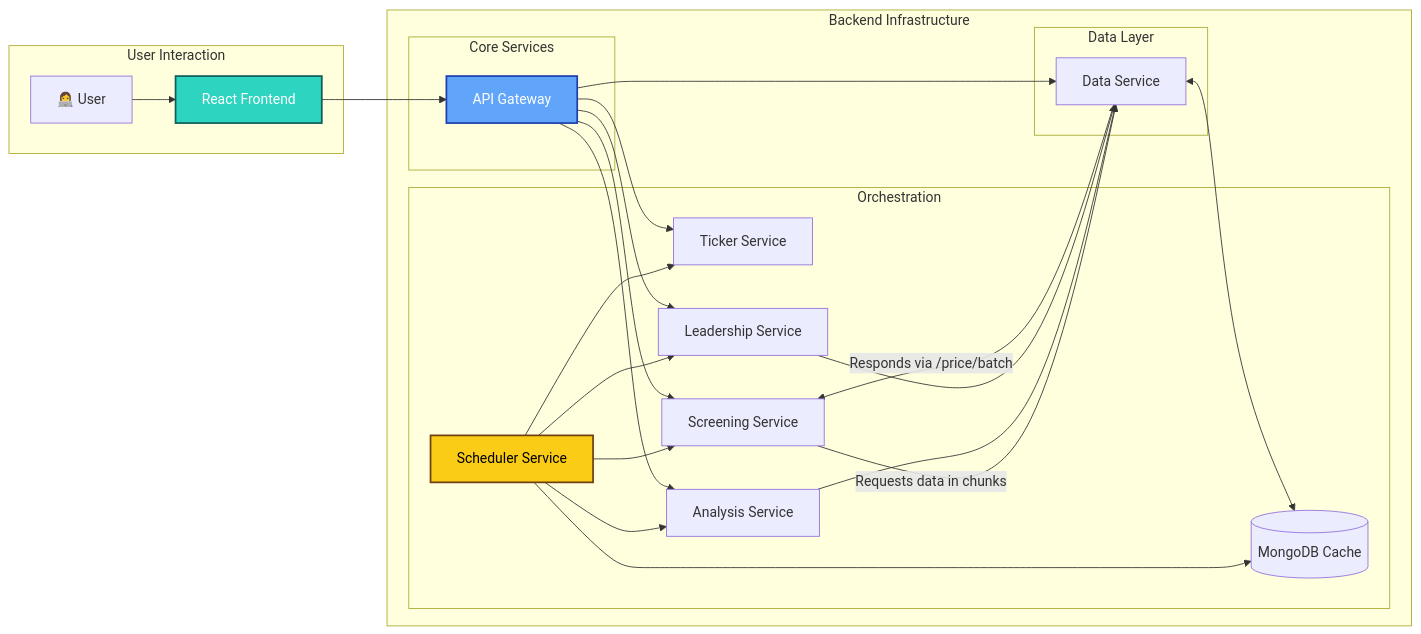
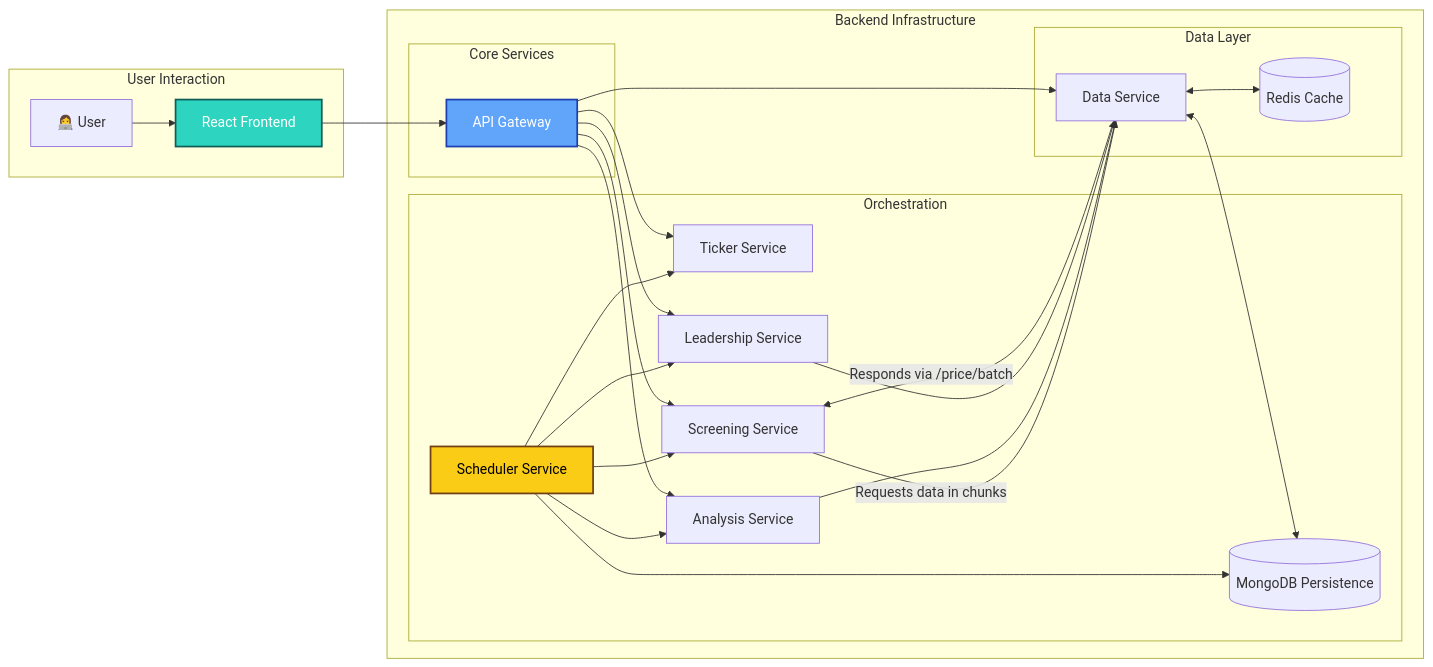
One commit to lam200213/Catalyst-Engine changed the diagram in README.md. Above: the diagram before and after it, drawn with Mermaid. The commit also changed other lines of this file and 2 other files, not shown here.

````diff
--- a/README.md
+++ b/README.md
@@ -21,38 +21,39 @@
 ```mermaid
 graph LR
     subgraph User Interaction
         User[👩‍💻 User] --> FrontendApp[React Frontend];
     end
 
     subgraph Backend Infrastructure
         FrontendApp --> APIGateway[API Gateway];
         
         subgraph Orchestration
            Scheduler[Scheduler Service] --> TickerService;
            Scheduler --> ScreeningService;
            Scheduler --> AnalysisService;
            Scheduler --> LeadershipService;
            Scheduler --> MongoDB;
         end
 
         subgraph Core Services
             APIGateway --> TickerService[Ticker Service];
             APIGateway --> ScreeningService[Screening Service];
             APIGateway --> AnalysisService[Analysis Service];
             APIGateway --> LeadershipService[Leadership Service];
         end
 
         subgraph Data Layer
             APIGateway --> DataService[Data Service];
             ScreeningService -- "Requests data in chunks" --> DataService;
             DataService -- "Responds via /price/batch" --> ScreeningService;
             AnalysisService --> DataService;
             LeadershipService --> DataService;
-            DataService <--> MongoDB[(MongoDB Cache)];
+            DataService <--> Redis[(Redis Cache)];
+            DataService <--> MongoDB[(MongoDB Persistence)];
         end
     end
 
     style FrontendApp fill:#2dd4bf,stroke:#115e59,stroke-width:2px,color:#fff
     style APIGateway fill:#60a5fa,stroke:#1e40af,stroke-width:2px,color:#fff
     style Scheduler fill:#facc15,stroke:#713f12,stroke-width:2px,color:#000
 ```
````
